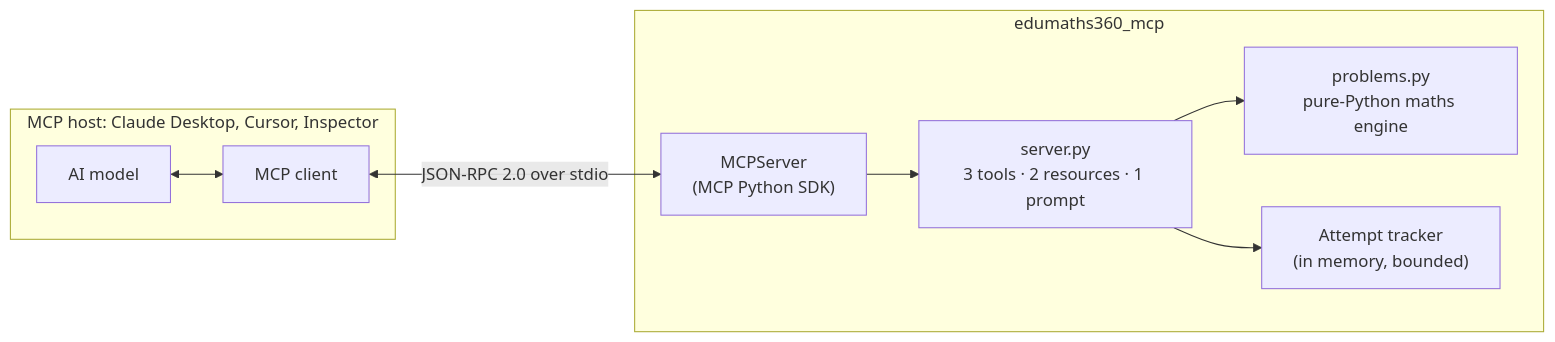
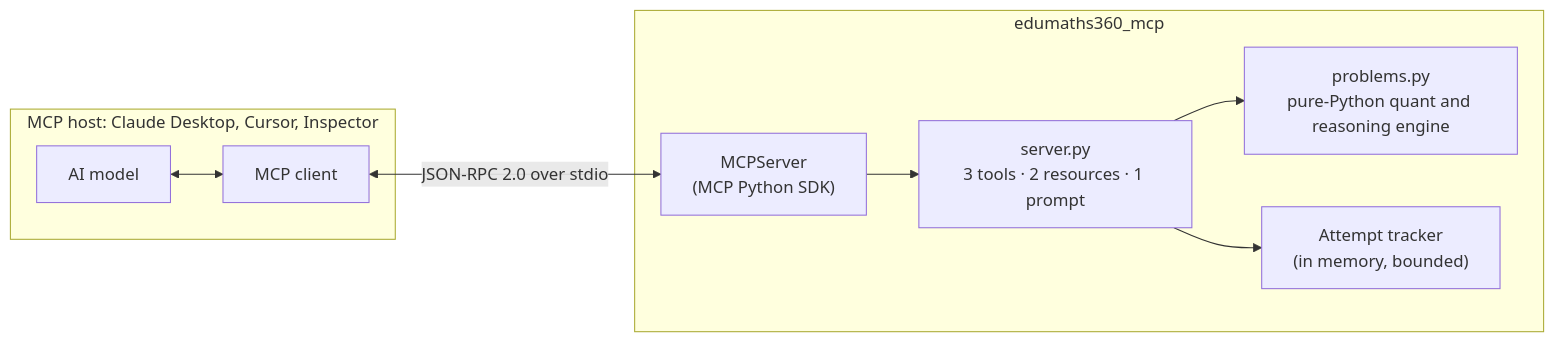
Before and after one commit to Creator-hub24/edumaths360-mcp-docs: the first of 2 diagrams in README.md, drawn with Mermaid. The commit also changed other lines of this file and 33 other files, not shown here.

First line of the commit message:
Reframe server and docs for CAT/MBA quant and reasoning

````diff
--- a/README.md
+++ b/README.md
@@ -22,12 +22,12 @@
 ```mermaid
 flowchart LR
     subgraph Host["MCP host: Claude Desktop, Cursor, Inspector"]
         Model["AI model"] <--> Client["MCP client"]
     end
     Client <-->|"JSON-RPC 2.0 over stdio"| SDK["MCPServer<br/>(MCP Python SDK)"]
     subgraph Server["edumaths360_mcp"]
         SDK --> API["server.py<br/>3 tools · 2 resources · 1 prompt"]
-        API --> Maths["problems.py<br/>pure-Python maths engine"]
+        API --> Maths["problems.py<br/>pure-Python quant and reasoning engine"]
         API --> Tracker["Attempt tracker<br/>(in memory, bounded)"]
     end
 ```
````
